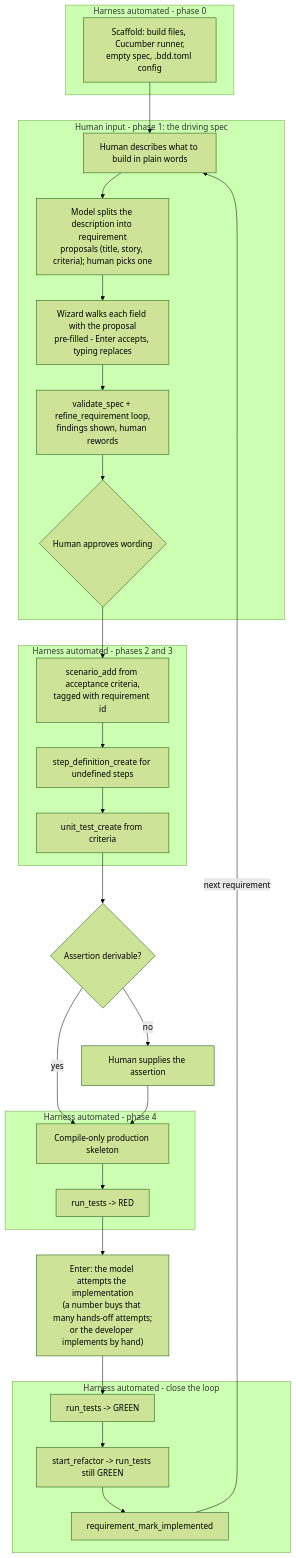
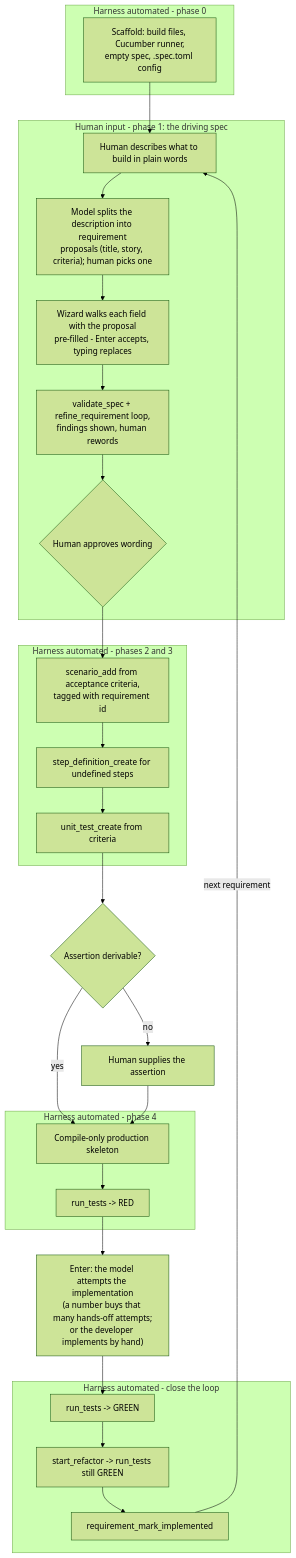
The diagram in harness/README.md (davidparry/spec-driven-agentic), drawn with Mermaid (forest theme) before and after one commit. The commit also changed other lines of this file and 176 other files, not shown here.

````diff
--- a/harness/README.md
+++ b/harness/README.md
@@ -677,41 +677,41 @@
 ```mermaid
 flowchart TD
     subgraph auto0 [Harness automated - phase 0]
-        scaffold["Scaffold: build files, Cucumber runner,<br/>empty spec, .bdd.toml config"]
+        scaffold["Scaffold: build files, Cucumber runner,<br/>empty spec, .spec.toml config"]
     end
     subgraph human1 [Human input - phase 1: the driving spec]
         describe["Human describes what to build in plain words"]
         split["Model splits the description into requirement<br/>proposals (title, story, criteria); human picks one"]
         draft["Wizard walks each field with the proposal<br/>pre-filled - Enter accepts, typing replaces"]
         vloop["validate_spec + refine_requirement loop,<br/>findings shown, human rewords"]
         approve{"Human approves wording"}
         describe --> split --> draft --> vloop --> approve
     end
     subgraph auto2 [Harness automated - phases 2 and 3]
         gherkin["scenario_add from acceptance criteria,<br/>tagged with requirement id"]
         stepdefs["step_definition_create for undefined steps"]
         unit["unit_test_create from criteria"]
         gherkin --> stepdefs --> unit
     end
     ask{"Assertion derivable?"}
     humanUnit["Human supplies the assertion"]
     subgraph auto4 [Harness automated - phase 4]
         skeleton["Compile-only production skeleton"]
         redRun["run_tests -> RED"]
         skeleton --> redRun
     end
     implement["Enter: the model attempts the implementation<br/>(a number buys that many hands-off attempts;<br/>or the developer implements by hand)"]
     subgraph auto5 [Harness automated - close the loop]
         greenRun["run_tests -> GREEN"]
         refactorGate["start_refactor -> run_tests still GREEN"]
         markDone["requirement_mark_implemented"]
         greenRun --> refactorGate --> markDone
     end
     scaffold --> describe
     approve --> gherkin
     unit --> ask
     ask -->|yes| skeleton
     ask -->|no| humanUnit --> skeleton
     redRun --> implement --> greenRun
     markDone -->|"next requirement"| describe
 ```
````
